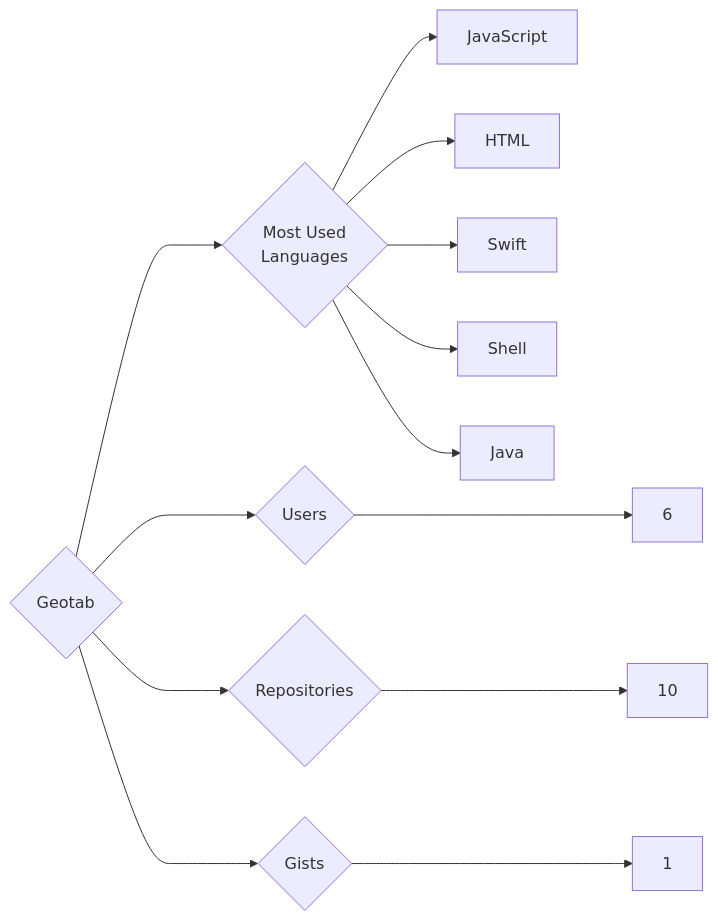
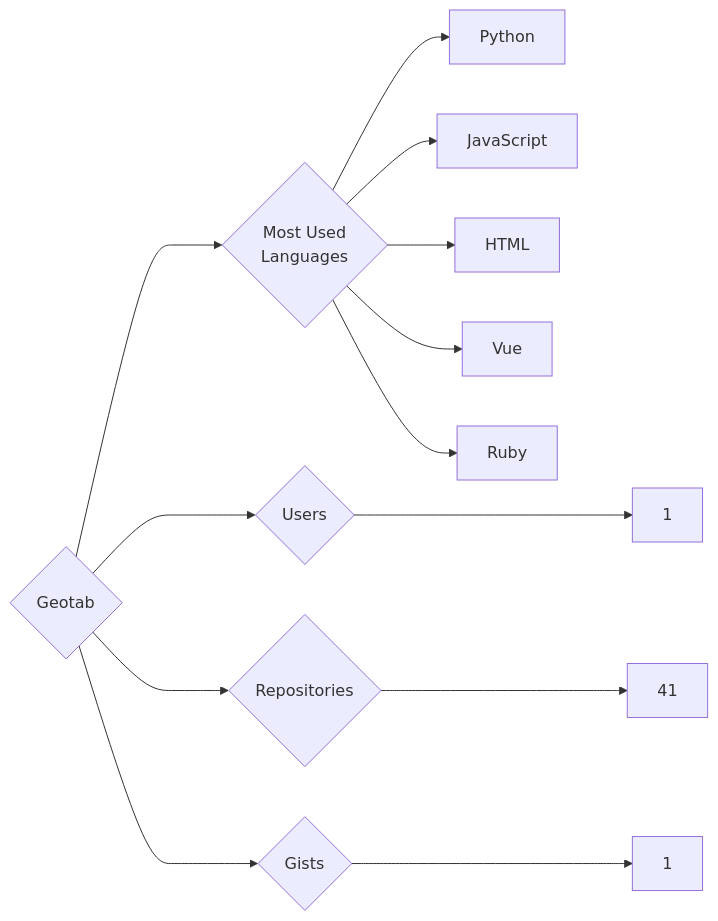
Before and after one commit to trickest/insiders: the diagram in targets/Geotab/README.md, drawn with Mermaid. The commit also changed 776 other files, not shown here.

````diff
--- a/targets/Geotab/README.md
+++ b/targets/Geotab/README.md
@@ -3,13 +3,13 @@
 ```mermaid
 graph LR
 COMPANY_NAME{Geotab}
-COMPANY_NAME ---> U{Users} ---> UN[6]
-COMPANY_NAME ---> R{Repositories} ---> RN[10]
+COMPANY_NAME ---> U{Users} ---> UN[1]
+COMPANY_NAME ---> R{Repositories} ---> RN[41]
 COMPANY_NAME ---> G{Gists} ---> GN[1]
 COMPANY_NAME ---> ML{Most Used<br>Languages}
+ML --> Python[Python]
 ML --> JavaScript[JavaScript]
 ML --> HTML[HTML]
-ML --> Swift[Swift]
-ML --> Shell[Shell]
-ML --> Java[Java]
+ML --> Vue[Vue]
+ML --> Ruby[Ruby]
 ```
````
